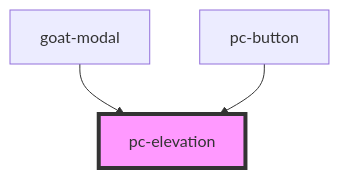
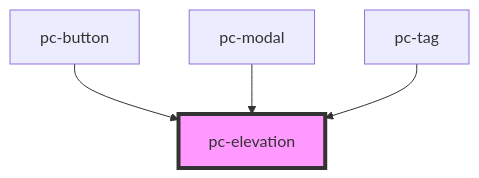
One commit to redvars/peacock changed the diagram in src/components/elevation/readme.md. Above: the diagram before and after it, drawn with Mermaid. The commit also changed other lines of this file and 299 other files, not shown here.

````diff
--- a/src/components/elevation/readme.md
+++ b/src/components/elevation/readme.md
@@ -16,6 +17,7 @@
 ```mermaid
 graph TD;
-  goat-modal --> pc-elevation
   pc-button --> pc-elevation
+  pc-modal --> pc-elevation
+  pc-tag --> pc-elevation
   style pc-elevation fill:#f9f,stroke:#333,stroke-width:4px
 ```
````
